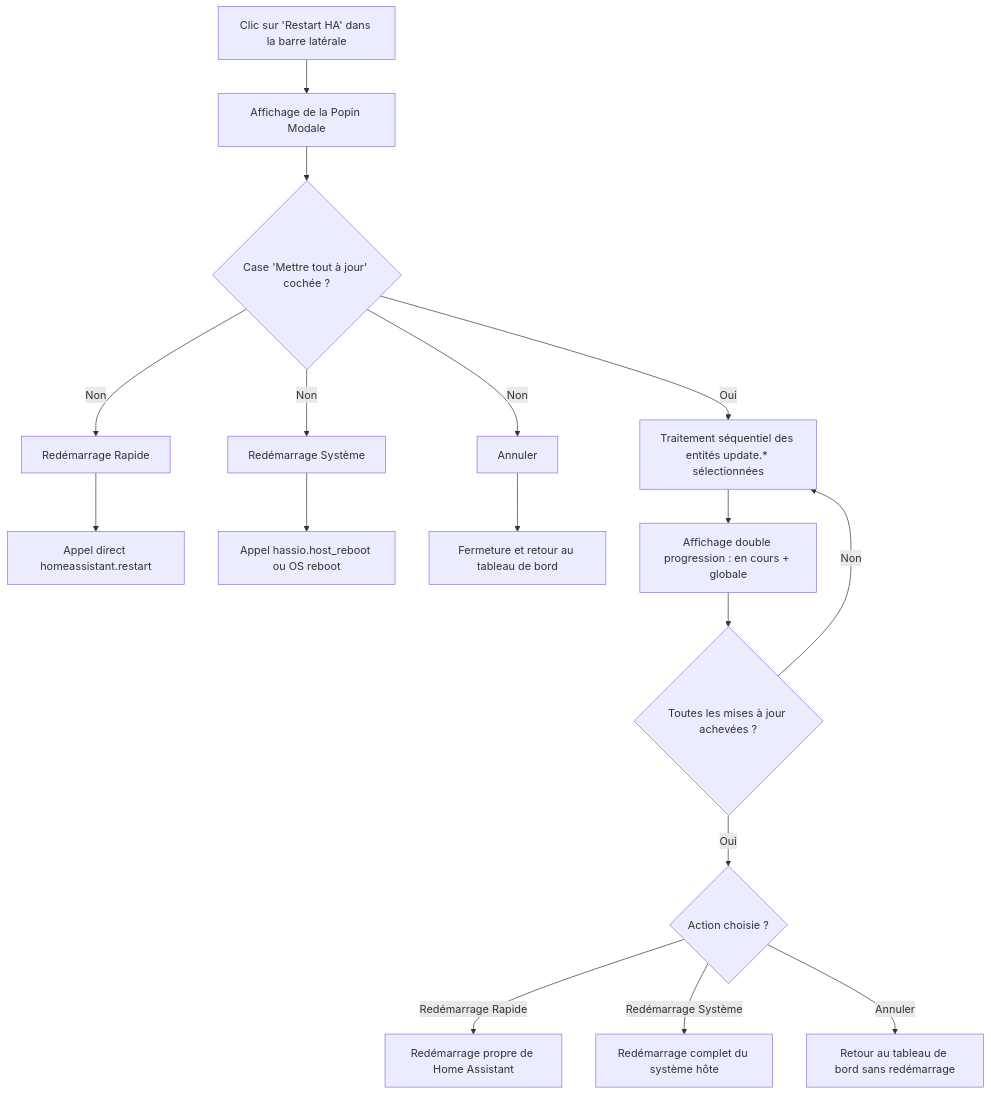
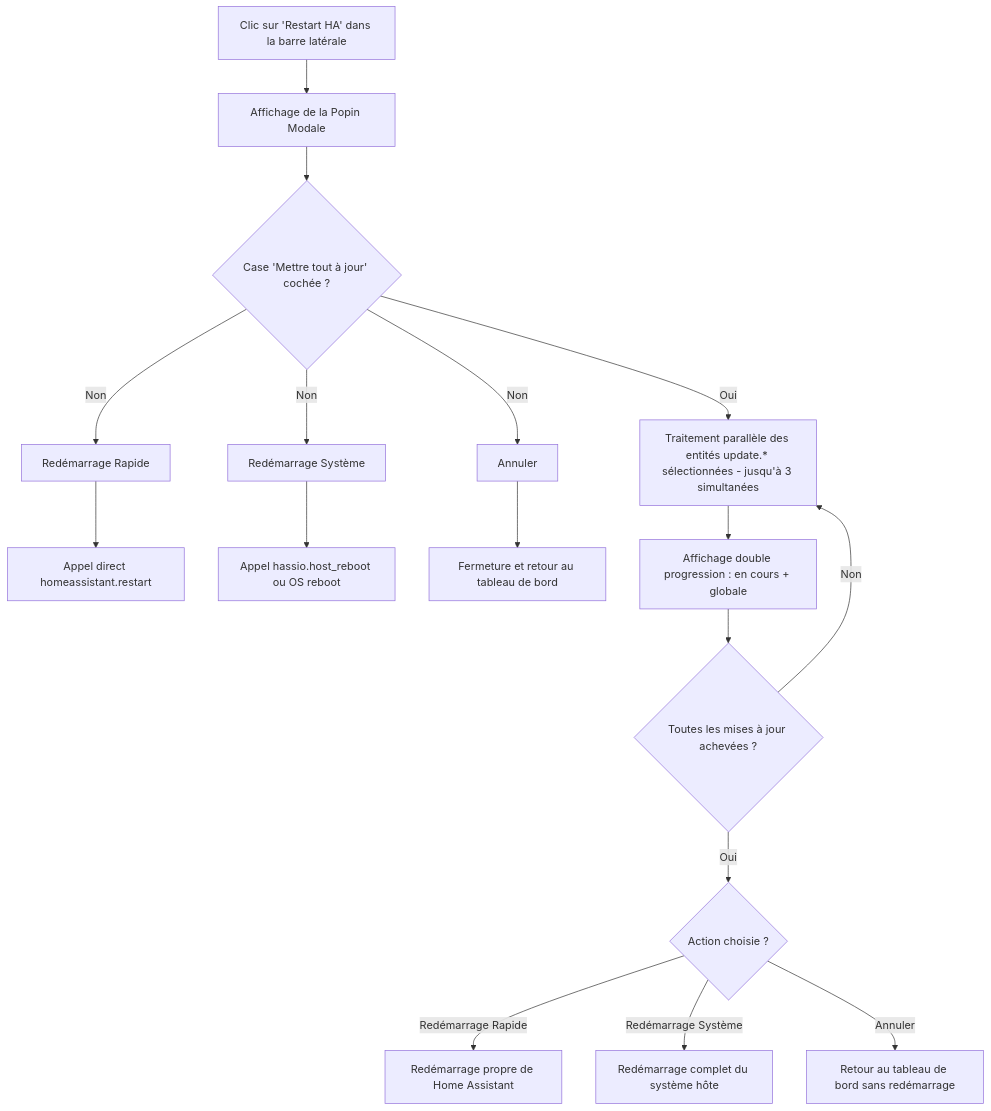
The diagram in README.md (SocrateMobile/Restart-HA), drawn with Mermaid before and after one commit. The commit also changed other lines of this file and 4 other files, not shown here.

````diff
--- a/README.md
+++ b/README.md
@@ -49,18 +49,18 @@
 ```mermaid
 flowchart TD
     A[Clic sur 'Restart HA' dans la barre latérale] --> B[Affichage de la Popin Modale]
     B --> C{Case 'Mettre tout à jour' cochée ?}
     
     C -- Non --> D1[Redémarrage Rapide] --> E1[Appel direct homeassistant.restart]
     C -- Non --> D2[Redémarrage Système] --> E2[Appel hassio.host_reboot ou OS reboot]
     C -- Non --> D3[Annuler] --> E3[Fermeture et retour au tableau de bord]
 
-    C -- Oui --> G[Traitement séquentiel des entités update.* sélectionnées]
+    C -- Oui --> G[Traitement parallèle des entités update.* sélectionnées - jusqu'à 3 simultanées]
     G --> H[Affichage double progression : en cours + globale]
     H --> J{Toutes les mises à jour achevées ?}
     J -- Non --> G
     J -- Oui --> L{Action choisie ?}
     L -- Redémarrage Rapide --> M1[Redémarrage propre de Home Assistant]
     L -- Redémarrage Système --> M2[Redémarrage complet du système hôte]
     L -- Annuler --> M3[Retour au tableau de bord sans redémarrage]
 ```
````
